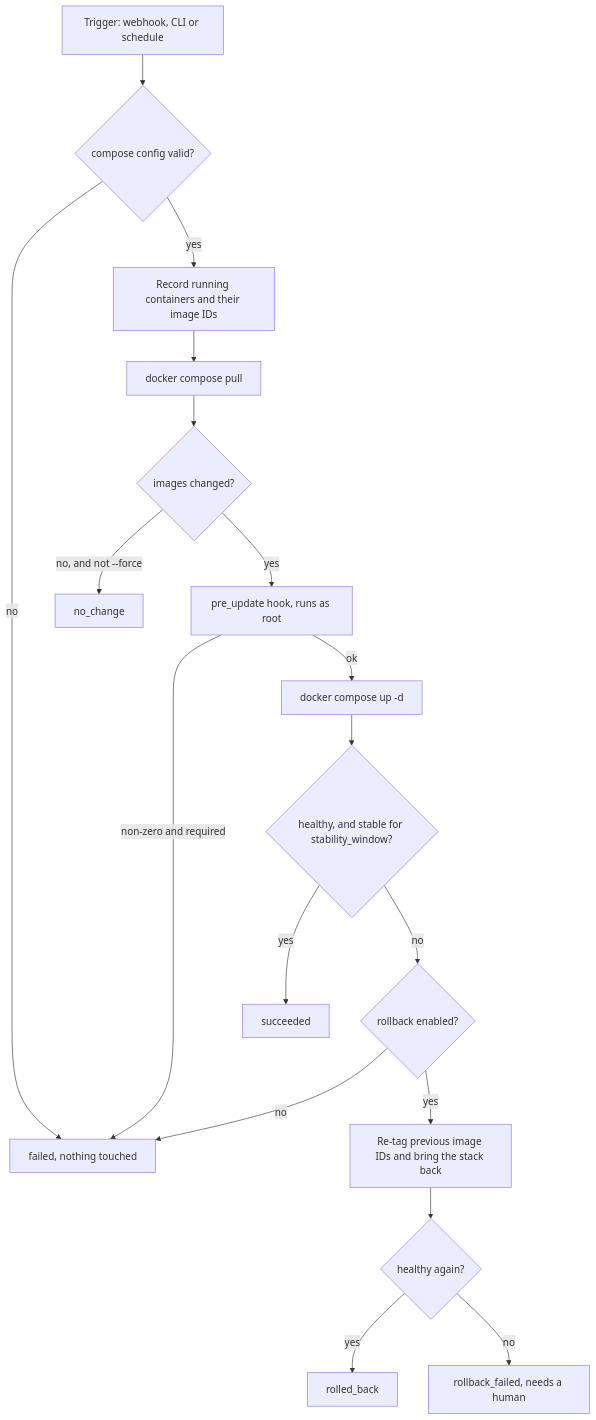
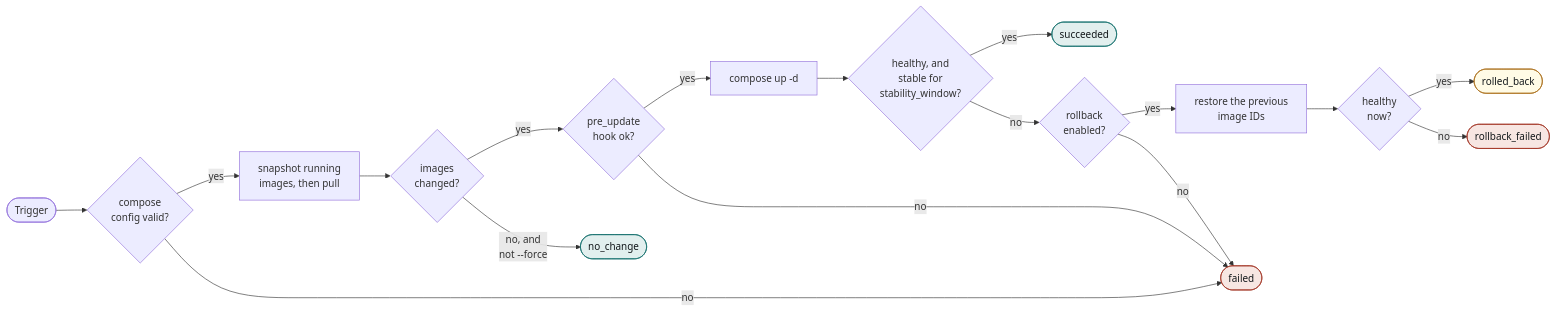
Before and after one commit to 9technologygroup/docker-updater: the diagram in README.md, drawn with Mermaid. The commit also changed other lines of this file, not shown here.

Commit message:
docs: turn the update flowchart landscape, and drop the duplicate architecture diagram
The update flowchart rendered 784 by 1835, more than twice as tall as it was
wide, so it pushed everything below it off the screen. Measured rather than
guessed, by rendering it.

Laid out left to right it is 784 by 158, and readable at full width: the happy
path runs straight across, and the four ways an update can end hang off it.
Terminal states are colour coded, so succeeded and no_change read as fine and
rollback_failed reads as the one needing a human.

The architecture section carried both a mermaid diagram and the rendered PNG
saying the same thing. The PNG is the better picture, so the mermaid goes and
the image stays.

README is 147 lines. Every remaining mermaid block was rendered again to confirm
it still parses, and every link and anchor across the five documents was
re-resolved.

````diff
--- a/README.md
+++ b/README.md
@@ -85,20 +85,26 @@
 ```mermaid
-flowchart TD
-    T["Trigger: webhook, CLI or schedule"] --> V{"compose config valid?"}
-    V -- no --> F["failed, nothing touched"]
-    V -- yes --> B["Record running containers and their image IDs"]
-    B --> P["docker compose pull"]
-    P --> D{"images changed?"}
-    D -- "no, and not --force" --> N["no_change"]
-    D -- yes --> H["pre_update hook, runs as root"]
-    H -- "non-zero and required" --> F
-    H -- ok --> U["docker compose up -d"]
-    U --> W{"healthy, and stable for stability_window?"}
-    W -- yes --> S["succeeded"]
-    W -- no --> R{"rollback enabled?"}
+flowchart LR
+    T(["Trigger"]) --> V{"compose<br/>config valid?"}
+    V -- yes --> P["snapshot running<br/>images, then pull"]
+    P --> D{"images<br/>changed?"}
+    D -- yes --> H{"pre_update<br/>hook ok?"}
+    H -- yes --> U["compose up -d"]
+    U --> W{"healthy, and<br/>stable for<br/>stability_window?"}
+    W -- yes --> S(["succeeded"])
+    W -- no --> R{"rollback<br/>enabled?"}
+    R -- yes --> RB["restore the previous<br/>image IDs"] --> RH{"healthy<br/>now?"}
+    RH -- yes --> RO(["rolled_back"])
+
+    V -- no --> F(["failed"])
+    D -- "no, and<br/>not --force" --> N(["no_change"])
+    H -- no --> F
     R -- no --> F
-    R -- yes --> RB["Re-tag previous image IDs and bring the stack back"]
-    RB --> RH{"healthy again?"}
-    RH -- yes --> RO["rolled_back"]
-    RH -- no --> RF["rollback_failed, needs a human"]
+    RH -- no --> RF(["rollback_failed"])
+
+    classDef ok fill:#e2efee,stroke:#0d6b68,color:#14191c
+    classDef bad fill:#f7e6e2,stroke:#a03020,color:#14191c
+    classDef warn fill:#fffbe6,stroke:#a86a14,color:#14191c
+    class S,N ok
+    class F,RF bad
+    class RO warn
 ```
````
